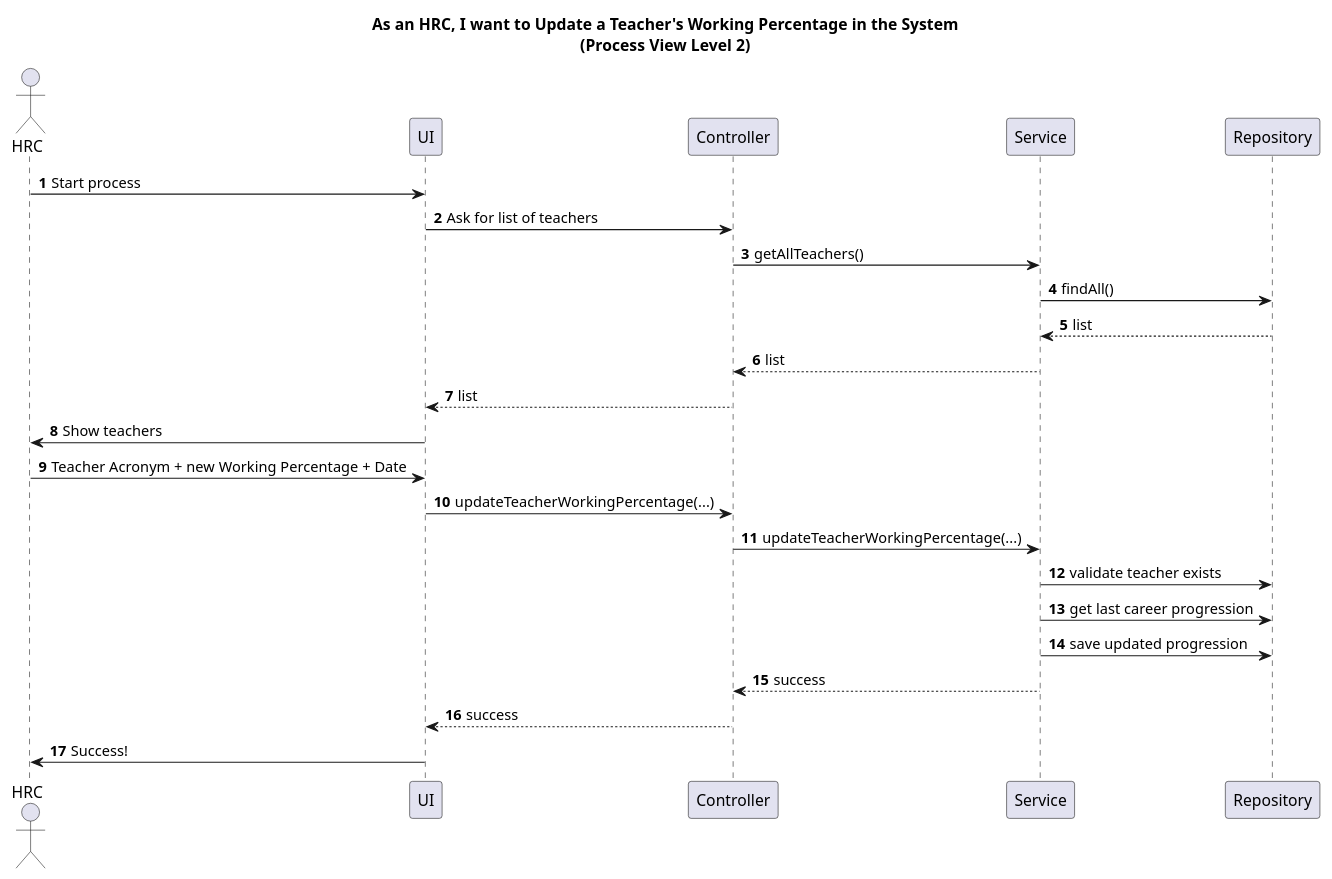
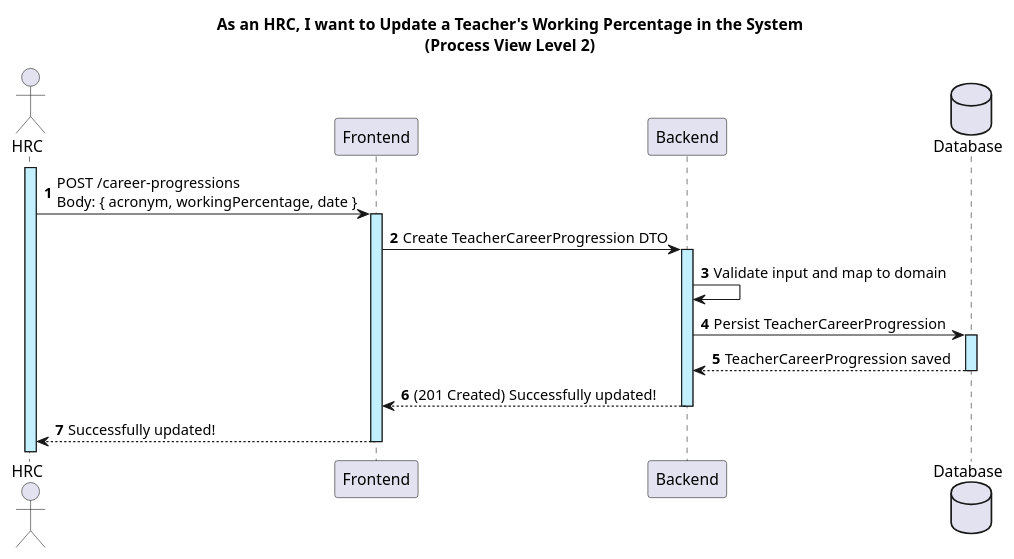
The diagram in docs/US15/Sprint6/ProcessView/Level2.puml (GasparISEP/DevOps-PAI), drawn with PlantUML before and after one commit. The commit also changed 2 other files, not shown here.

Commit message:
Refactor Process View Diagrams for Teacher´s WorkingPercentage. Related #645

```diff
--- a/docs/US15/Sprint6/ProcessView/Level2.puml
+++ b/docs/US15/Sprint6/ProcessView/Level2.puml
@@ -1,32 +1,19 @@
 @startuml
+autonumber
 title As an HRC, I want to Update a Teacher's Working Percentage in the System\n(Process View Level 2)
-autonumber
 
 actor HRC
-participant UI
-participant Controller
-participant Service
-participant Repository
+participant "Frontend" as FE
+participant "Backend" as BE
+database "Database" as DB
 
-HRC -> UI : Start process
-UI -> Controller : Ask for list of teachers
-Controller -> Service : getAllTeachers()
-Service -> Repository : findAll()
-Repository --> Service : list
-Service --> Controller : list
-Controller --> UI : list
-UI -> HRC : Show teachers
-
-HRC -> UI : Teacher Acronym + new Working Percentage + Date
-UI -> Controller : updateTeacherWorkingPercentage(...)
-Controller -> Service : updateTeacherWorkingPercentage(...)
-
-Service -> Repository : validate teacher exists
-Service -> Repository : get last career progression
-Service -> Repository : save updated progression
-
-Service --> Controller : success
-Controller --> UI : success
-UI -> HRC : Success!
+activate HRC #application
+HRC -> FE ++#application: POST /career-progressions\nBody: { acronym, workingPercentage, date }
+FE -> BE ++#application: Create TeacherCareerProgression DTO
+BE -> BE: Validate input and map to domain
+BE -> DB ++#application: Persist TeacherCareerProgression
+DB --> BE --: TeacherCareerProgression saved
+BE --> FE --: (201 Created) Successfully updated!
+FE --> HRC --: Successfully updated!
 
 @enduml
```
